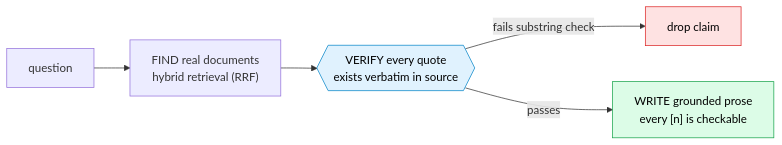
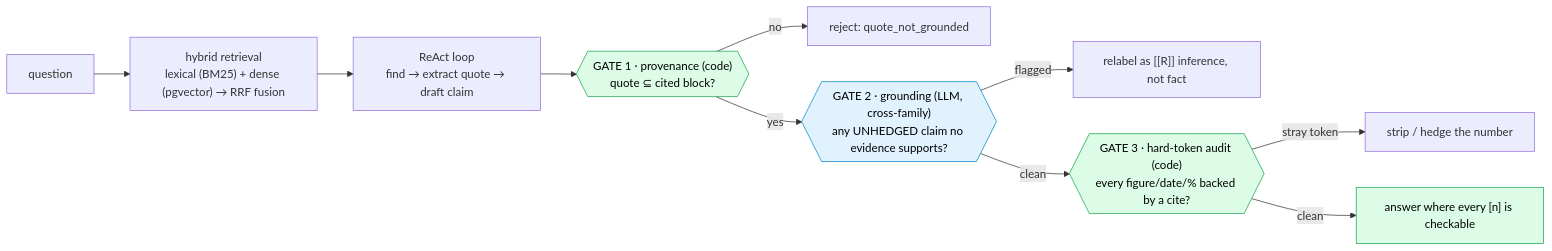
Before and after one commit to 4sgupta828/eigen: the diagram in posts/linkedin.md, drawn with Mermaid. The commit also changed other lines of this file, not shown here.

````diff
--- a/posts/linkedin.md
+++ b/posts/linkedin.md
@@ -25,10 +17,16 @@
 ```mermaid
 flowchart LR
-    Q["question"] --> F["FIND real documents<br/>hybrid retrieval (RRF)"]
-    F --> V{{"VERIFY every quote<br/>exists verbatim in source"}}
-    V -->|fails substring check| X["drop claim"]
-    V -->|passes| W["WRITE grounded prose<br/>every [n] is checkable"]
-    style V fill:#e0f2fe,stroke:#0284c7,color:#000
-    style W fill:#dcfce7,stroke:#16a34a,color:#000
-    style X fill:#fee2e2,stroke:#dc2626,color:#000
+    Q["question"] --> RET["hybrid retrieval<br/>lexical (BM25) + dense (pgvector) → RRF fusion"]
+    RET --> LOOP["ReAct loop<br/>find → extract quote → draft claim"]
+    LOOP --> G1{{"GATE 1 · provenance (code)<br/>quote ⊆ cited block?"}}
+    G1 -->|no| X1["reject: quote_not_grounded"]
+    G1 -->|yes| G2{{"GATE 2 · grounding (LLM, cross-family)<br/>any UNHEDGED claim no evidence supports?"}}
+    G2 -->|flagged| RELABEL["relabel as [[R]] inference, not fact"]
+    G2 -->|clean| G3{{"GATE 3 · hard-token audit (code)<br/>every figure/date/% backed by a cite?"}}
+    G3 -->|stray token| HEDGE["strip / hedge the number"]
+    G3 -->|clean| ANS["answer where every [n] is checkable"]
+    style G1 fill:#dcfce7,stroke:#16a34a,color:#000
+    style G2 fill:#e0f2fe,stroke:#0284c7,color:#000
+    style G3 fill:#dcfce7,stroke:#16a34a,color:#000
+    style ANS fill:#dcfce7,stroke:#16a34a,color:#000
 ```
````
